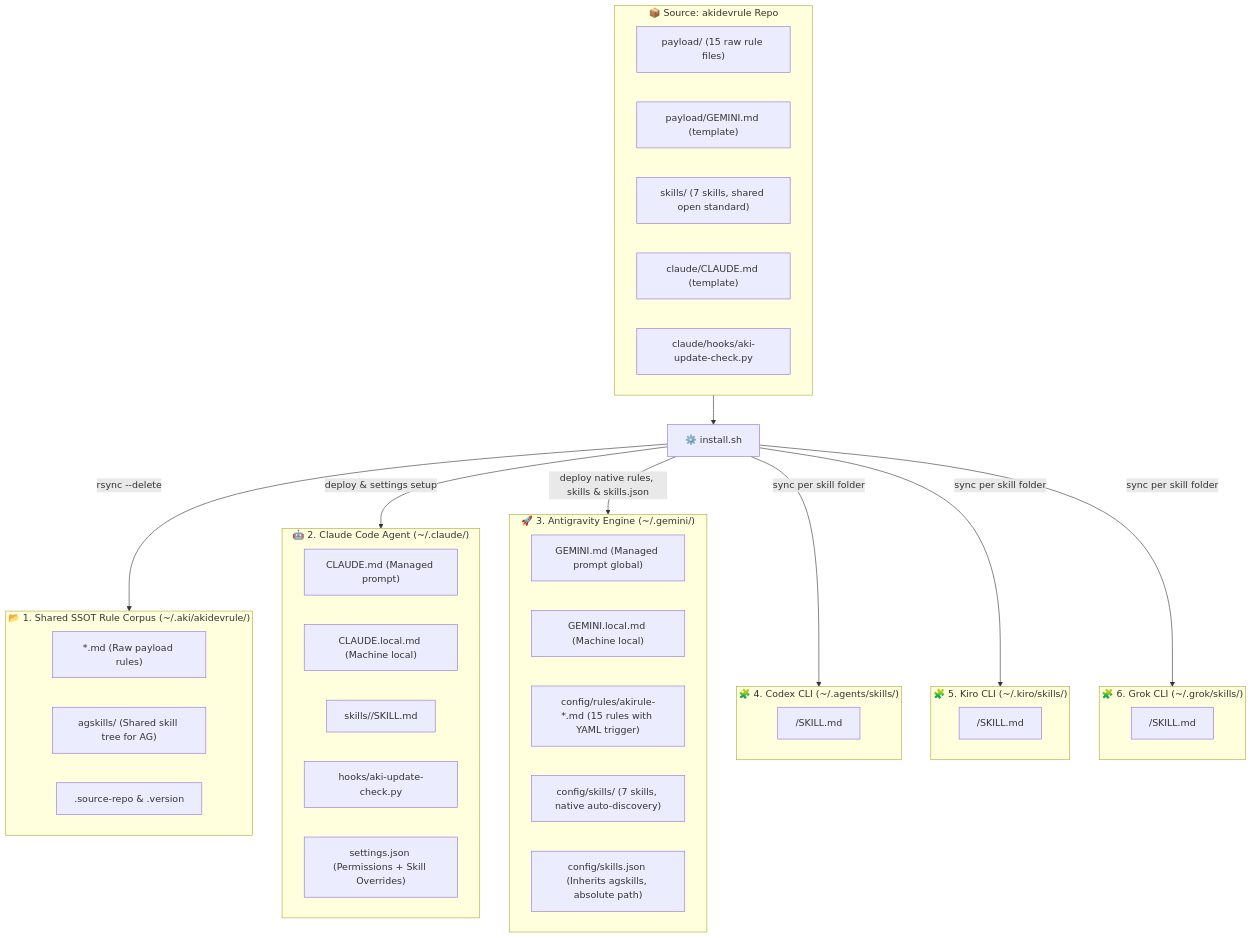
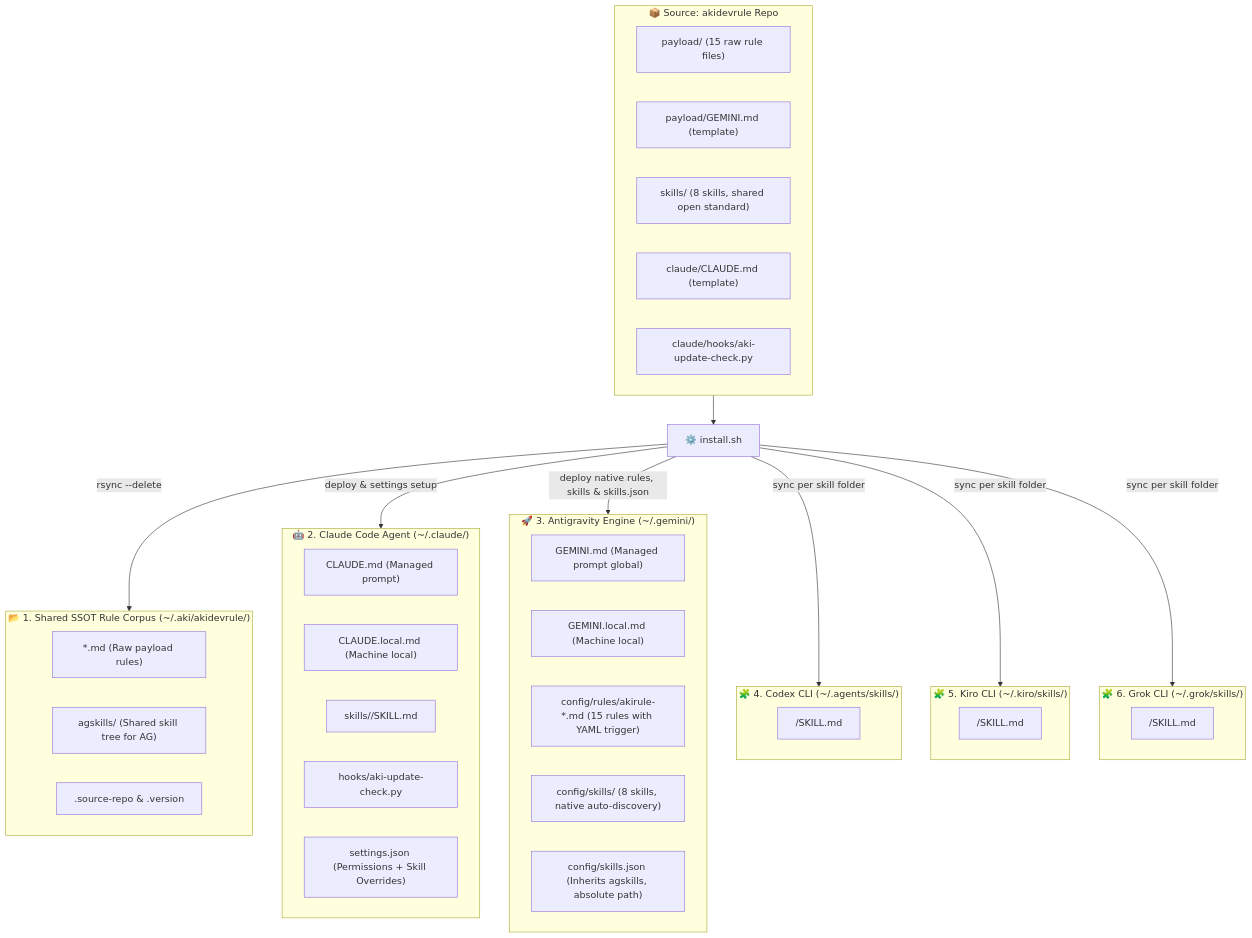
Before and after one commit to QuachGia1994/akidevrule: the diagram in README.md, drawn with Mermaid. The commit also changed other lines of this file and 14 other files, not shown here.

````diff
--- a/README.md
+++ b/README.md
@@ -109,56 +113,56 @@
 ```mermaid
 flowchart TD
     subgraph SRC["📦 Source: akidevrule Repo"]
         PAYLOAD["payload/ (15 raw rule files)"]
         PGEMINI["payload/GEMINI.md (template)"]
-        CSKILLS["skills/ (7 skills, shared open standard)"]
+        CSKILLS["skills/ (8 skills, shared open standard)"]
         CCLAUDE["claude/CLAUDE.md (template)"]
         CHOOKS["claude/hooks/aki-update-check.py"]
     end
 
     INSTALL["⚙️ install.sh"]
     SRC --> INSTALL
 
     %% TARGET 1: ~/.aki/akidevrule/
     subgraph T1["📂 1. Shared SSOT Rule Corpus (~/.aki/akidevrule/)"]
         R_CORPUS["*.md (Raw payload rules)"]
         R_AGSKILLS["agskills/ (Shared skill tree for AG)"]
         R_META[".source-repo & .version"]
     end
 
     %% TARGET 2: ~/.claude/
     subgraph T2["🤖 2. Claude Code Agent (~/.claude/)"]
         C_MD["CLAUDE.md (Managed prompt)"]
         C_LOCAL["CLAUDE.local.md (Machine local)"]
         C_SKILLS["skills/<skill_name>/SKILL.md"]
         C_HOOKS["hooks/aki-update-check.py"]
         C_SET["settings.json (Permissions + Skill Overrides)"]
     end
 
     %% TARGET 3: ~/.gemini/
     subgraph T3["🚀 3. Antigravity Engine (~/.gemini/)"]
         G_MD["GEMINI.md (Managed prompt global)"]
         G_LOCAL["GEMINI.local.md (Machine local)"]
         G_RULES["config/rules/akirule-*.md (15 rules with YAML trigger)"]
-        G_SKILLS["config/skills/ (7 skills, native auto-discovery)"]
+        G_SKILLS["config/skills/ (8 skills, native auto-discovery)"]
         G_SJSON["config/skills.json (Inherits agskills, absolute path)"]
     end
 
     %% TARGETS 4-6: other CLIs that natively consume the SKILL.md standard
     subgraph T4["🧩 4. Codex CLI (~/.agents/skills/)"]
         X_SKILLS["<skill_name>/SKILL.md"]
     end
     subgraph T5["🧩 5. Kiro CLI (~/.kiro/skills/)"]
         K_SKILLS["<skill_name>/SKILL.md"]
     end
     subgraph T6["🧩 6. Grok CLI (~/.grok/skills/)"]
         R_SKILLS["<skill_name>/SKILL.md"]
     end
 
     INSTALL -->|"rsync --delete"| T1
     INSTALL -->|"deploy & settings setup"| T2
     INSTALL -->|"deploy native rules, skills & skills.json"| T3
     INSTALL -->|"sync per skill folder"| T4
     INSTALL -->|"sync per skill folder"| T5
     INSTALL -->|"sync per skill folder"| T6
 ```
````
